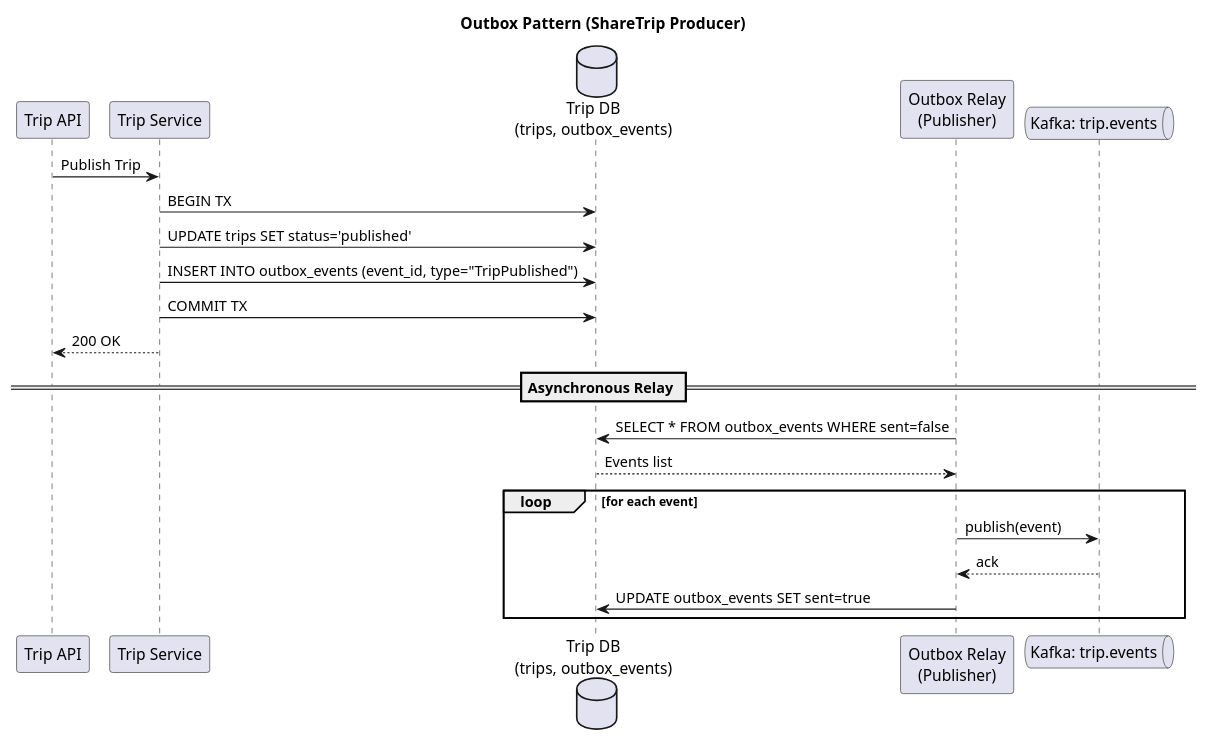
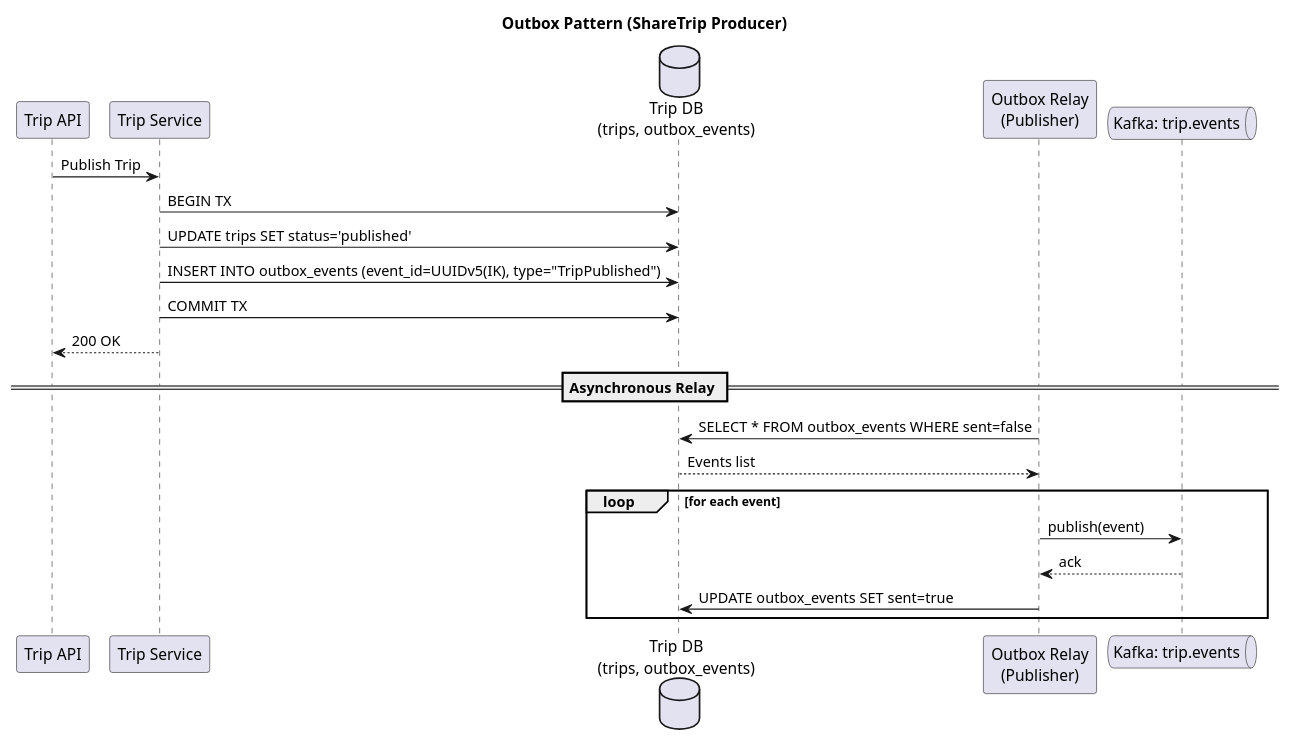
The diagram in docs/outbox.puml (SamVitebsk/share_trip), drawn with PlantUML before and after one commit. The commit also changed 3 other files, not shown here.

```diff
--- a/docs/outbox.puml
+++ b/docs/outbox.puml
@@ -1,24 +1,24 @@
 @startuml
 title Outbox Pattern (ShareTrip Producer)
 participant "Trip API" as API
 participant "Trip Service" as Service
 database "Trip DB\n(trips, outbox_events)" as DB
 participant "Outbox Relay\n(Publisher)" as Publisher
 queue "Kafka: trip.events" as Kafka
 
 API -> Service : Publish Trip
 Service -> DB : BEGIN TX
 Service -> DB : UPDATE trips SET status='published'
-Service -> DB : INSERT INTO outbox_events (event_id, type="TripPublished")
+Service -> DB : INSERT INTO outbox_events (event_id=UUIDv5(IK), type="TripPublished")
 Service -> DB : COMMIT TX
 Service --> API : 200 OK
 
 == Asynchronous Relay ==
 Publisher -> DB : SELECT * FROM outbox_events WHERE sent=false
 DB --> Publisher : Events list
 loop for each event
   Publisher -> Kafka : publish(event)
   Kafka --> Publisher : ack
   Publisher -> DB : UPDATE outbox_events SET sent=true
 end
 @enduml
```
